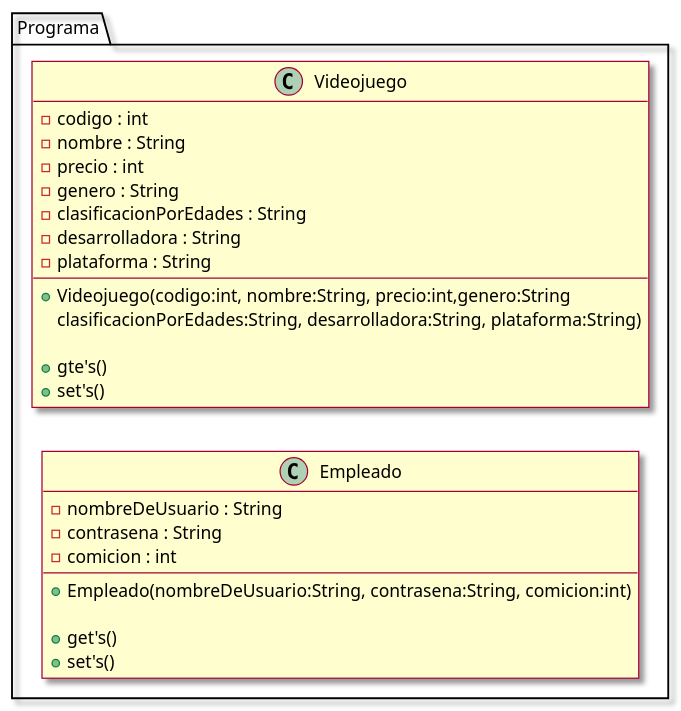
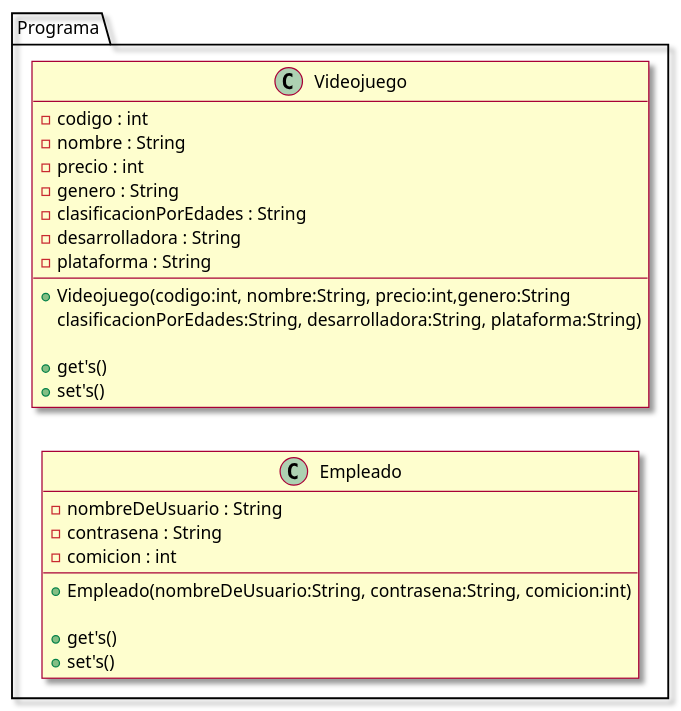
The diagram in src/Diagrama de Clases.puml (SrMoebius/-PA-Taller1_AguileraRodrigo-Cort-sDiego), drawn with PlantUML before and after one commit. The commit also changed 3 other files, not shown here.

```diff
--- a/src/Diagrama de Clases.puml
+++ b/src/Diagrama de Clases.puml
@@ -1,51 +1,51 @@
 @startuml
 'https://plantuml.com/class-diagram
 
 left to right direction
 skin rose
 
 
 
 package Programa {
 
 'Clases
 
 class Videojuego{
 
     - codigo : int
     - nombre : String
     - precio : int
     - genero : String
     - clasificacionPorEdades : String
     - desarrolladora : String
     - plataforma : String
 
     + Videojuego(codigo:int, nombre:String, precio:int,genero:String
     clasificacionPorEdades:String, desarrolladora:String, plataforma:String)
 
-    +gte's()
+    +get's()
     +set's()
 
 }
 
 class Empleado{
     - nombreDeUsuario : String
     - contrasena : String
     - comicion : int
 
     + Empleado(nombreDeUsuario:String, contrasena:String, comicion:int)
 
     + get's()
     + set's()
 
 }
 
 
 }
 
 
 'Relaciones
 
 
 
 @enduml
```
